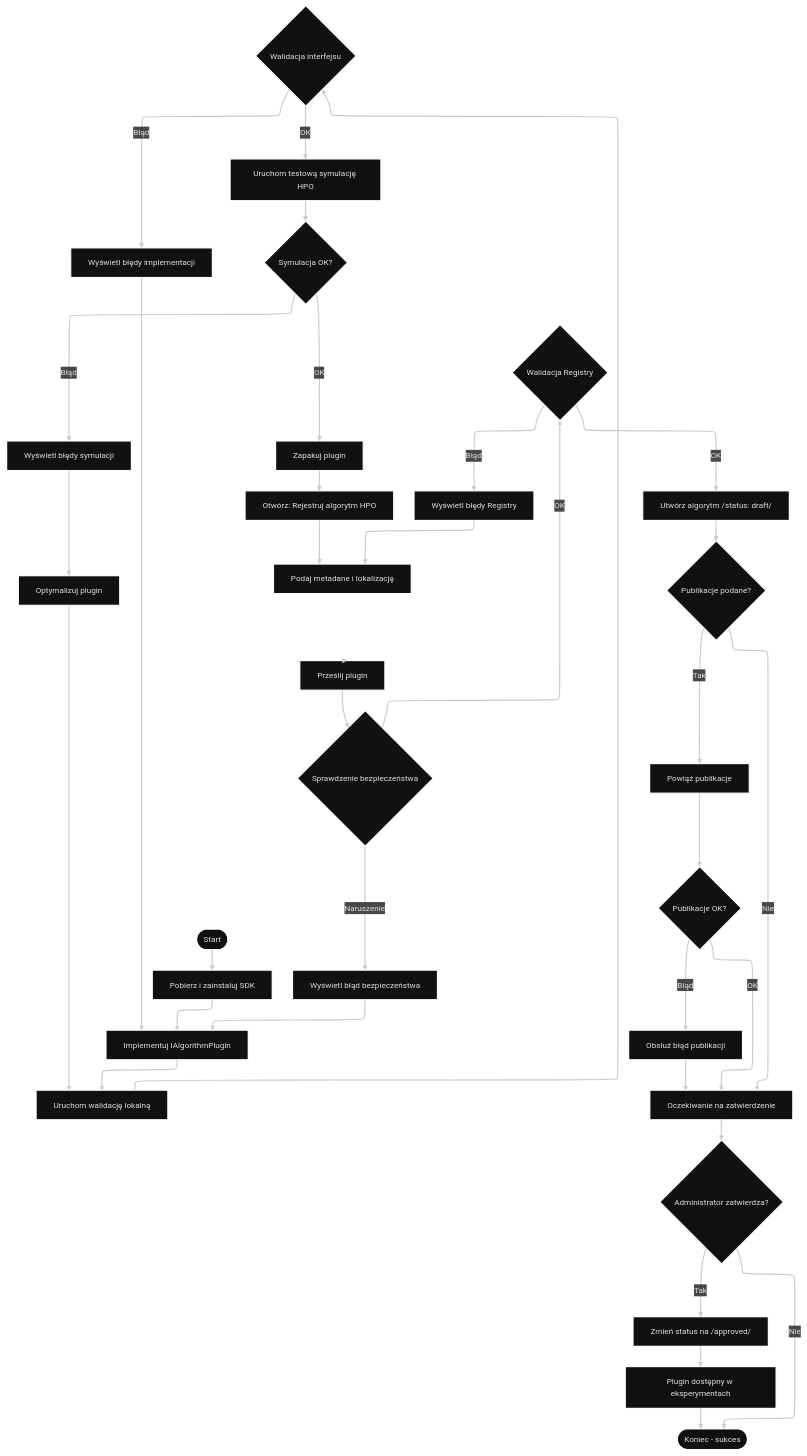
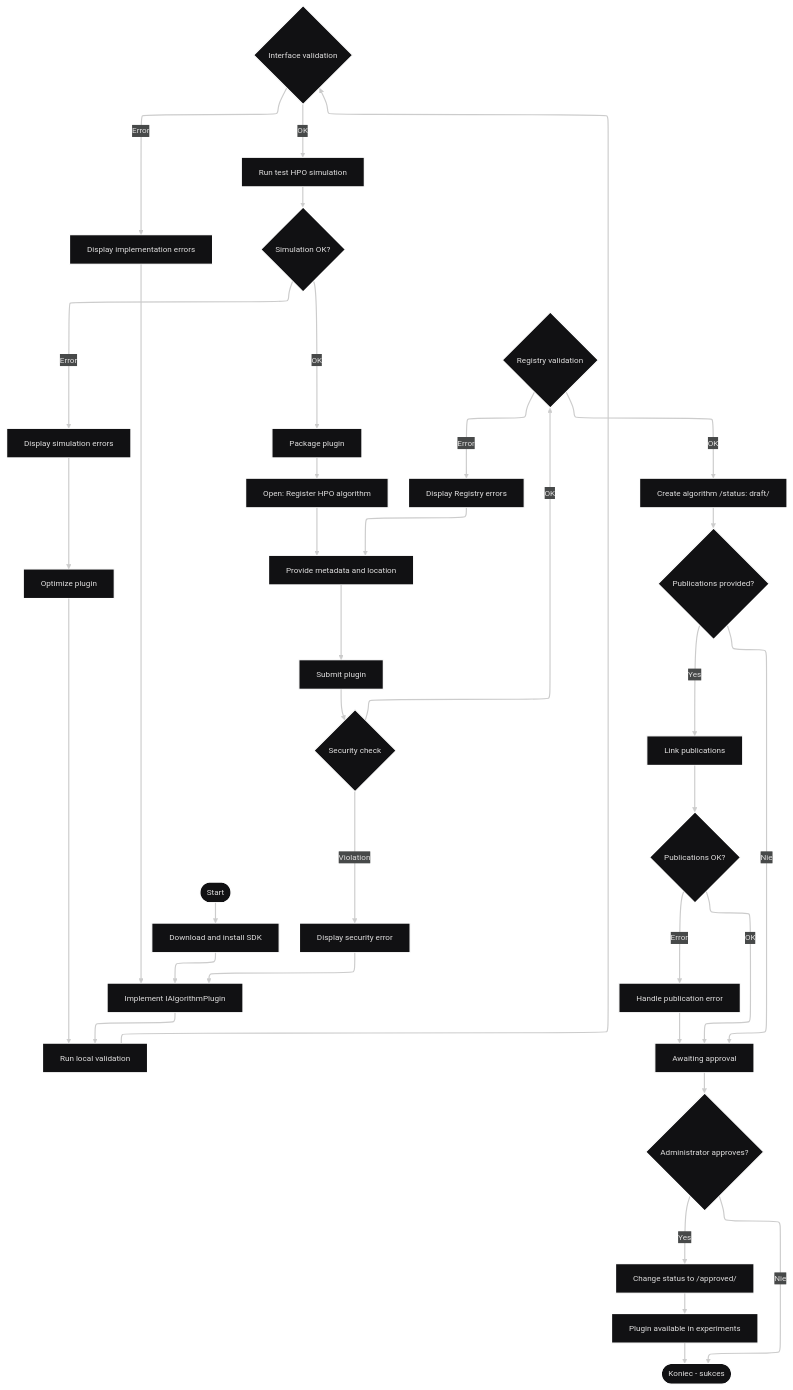
Before and after one commit to jedrzejpolaczek/aviarium.corvidae.corvus_corone: the eighth of 33 diagrams in docs/requirements/use-cases.md, drawn with Mermaid. The commit also changed other lines of this file and 21 other files, not shown here.

````diff
--- a/docs/requirements/use-cases.md
+++ b/docs/requirements/use-cases.md
@@ -389,42 +389,42 @@
 ```mermaid
 ---
 config:
   layout: elk
   theme: redux-dark
 ---
 flowchart TB
-    Start(["Start"]) --> InstallSDK["Pobierz i zainstaluj SDK"]
-    InstallSDK --> ImplementPlugin["Implementuj IAlgorithmPlugin"]
-    ImplementPlugin --> RunValidation["Uruchom walidację lokalną"]
-    RunValidation --> ValidateInterface{"Walidacja interfejsu"}
-    ValidateInterface -- Błąd --> ShowValidationErrors["Wyświetl błędy implementacji"]
+    Start(["Start"]) --> InstallSDK["Download and install SDK"]
+    InstallSDK --> ImplementPlugin["Implement IAlgorithmPlugin"]
+    ImplementPlugin --> RunValidation["Run local validation"]
+    RunValidation --> ValidateInterface{"Interface validation"}
+    ValidateInterface -- Error --> ShowValidationErrors["Display implementation errors"]
     ShowValidationErrors --> ImplementPlugin
-    ValidateInterface -- OK --> RunSimulation["Uruchom testową symulację HPO"]
-    RunSimulation --> SimulationOK{"Symulacja OK?"}
-    SimulationOK -- Błąd --> ShowSimErrors["Wyświetl błędy symulacji"]
-    ShowSimErrors --> OptimizePlugin["Optymalizuj plugin"]
+    ValidateInterface -- OK --> RunSimulation["Run test HPO simulation"]
+    RunSimulation --> SimulationOK{"Simulation OK?"}
+    SimulationOK -- Error --> ShowSimErrors["Display simulation errors"]
+    ShowSimErrors --> OptimizePlugin["Optimize plugin"]
     OptimizePlugin --> RunValidation
-    SimulationOK -- OK --> PackagePlugin["Zapakuj plugin"]
-    PackagePlugin --> OpenRegistry["Otwórz: Rejestruj algorytm HPO"]
-    OpenRegistry --> FillMetadata["Podaj metadane i lokalizację"]
-    FillMetadata --> SubmitPlugin["Prześlij plugin"]
-    SubmitPlugin --> CheckSecurity{"Sprawdzenie bezpieczeństwa"}
-    CheckSecurity -- Naruszenie --> ShowSecurityError["Wyświetl błąd bezpieczeństwa"]
+    SimulationOK -- OK --> PackagePlugin["Package plugin"]
+    PackagePlugin --> OpenRegistry["Open: Register HPO algorithm"]
+    OpenRegistry --> FillMetadata["Provide metadata and location"]
+    FillMetadata --> SubmitPlugin["Submit plugin"]
+    SubmitPlugin --> CheckSecurity{"Security check"}
+    CheckSecurity -- Violation --> ShowSecurityError["Display security error"]
     ShowSecurityError --> ImplementPlugin
-    CheckSecurity -- OK --> ValidateRegistry{"Walidacja Registry"}
-    ValidateRegistry -- Błąd --> ShowRegistryErrors["Wyświetl błędy Registry"]
+    CheckSecurity -- OK --> ValidateRegistry{"Registry validation"}
+    ValidateRegistry -- Error --> ShowRegistryErrors["Display Registry errors"]
     ShowRegistryErrors --> FillMetadata
-    ValidateRegistry -- OK --> CreateDraft["Utwórz algorytm /status: draft/"]
-    CreateDraft --> CheckDOI{"Publikacje podane?"}
-    CheckDOI -- Tak --> LinkPubs["Powiąż publikacje"]
-    LinkPubs --> PubsOK{"Publikacje OK?"}
-    PubsOK -- Błąd --> HandlePubError["Obsłuż błąd publikacji"]
-    HandlePubError --> ApprovalPending["Oczekiwanie na zatwierdzenie"]
+    ValidateRegistry -- OK --> CreateDraft["Create algorithm /status: draft/"]
+    CreateDraft --> CheckDOI{"Publications provided?"}
+    CheckDOI -- Yes --> LinkPubs["Link publications"]
+    LinkPubs --> PubsOK{"Publications OK?"}
+    PubsOK -- Error --> HandlePubError["Handle publication error"]
+    HandlePubError --> ApprovalPending["Awaiting approval"]
     PubsOK -- OK --> ApprovalPending
     CheckDOI -- Nie --> ApprovalPending
-    ApprovalPending --> AdminApproval{"Administrator zatwierdza?"}
-    AdminApproval -- Tak --> ChangeStatus["Zmień status na /approved/"]
+    ApprovalPending --> AdminApproval{"Administrator approves?"}
+    AdminApproval -- Yes --> ChangeStatus["Change status to /approved/"]
     AdminApproval -- Nie --> End(["Koniec - sukces"])
-    ChangeStatus --> Available["Plugin dostępny w eksperymentach"]
+    ChangeStatus --> Available["Plugin available in experiments"]
     Available --> End
 ```
````
